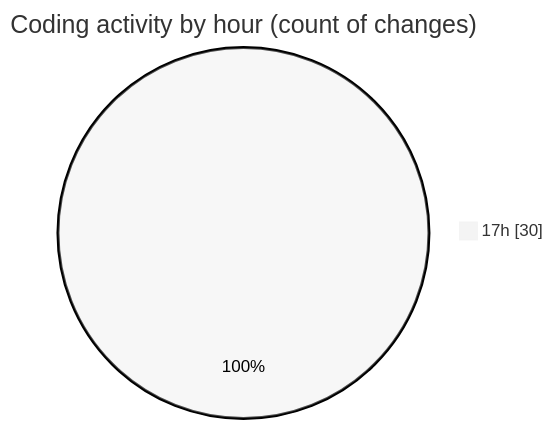
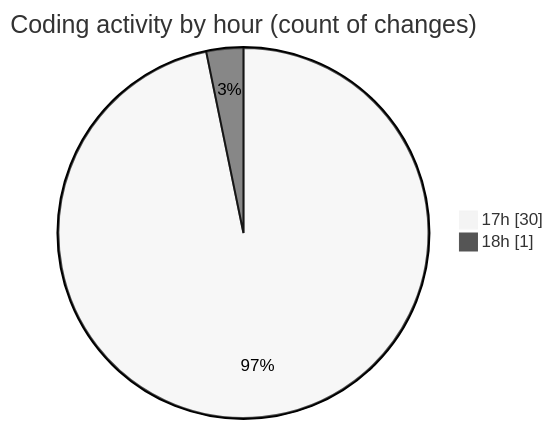
Before and after one commit to idhammustaqopulfikri/code-tracking: the second of 2 diagrams in 2025-11-11/futsal/README.md, drawn with Mermaid (neutral theme). The commit also changed other lines of this file and 1 other file, not shown here.

````diff
--- a/2025-11-11/futsal/README.md
+++ b/2025-11-11/futsal/README.md
@@ -44,5 +44,6 @@
 ```mermaid
 pie showData
 title Coding activity by hour (count of changes)
 "17h" : 30
+"18h" : 1
 ```
````
